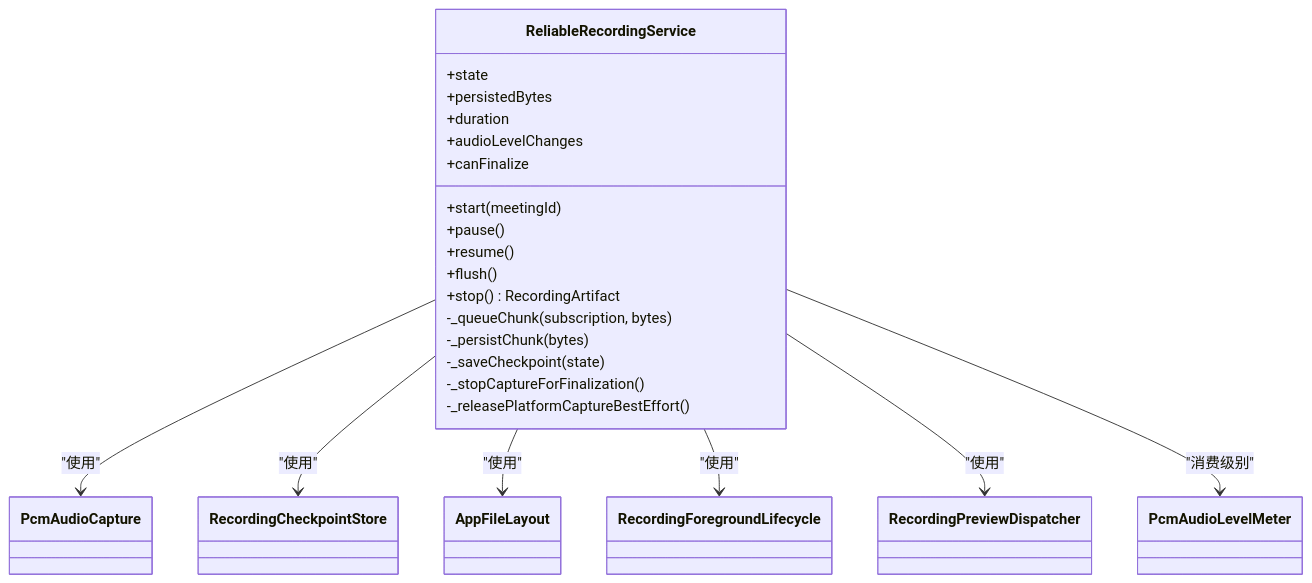
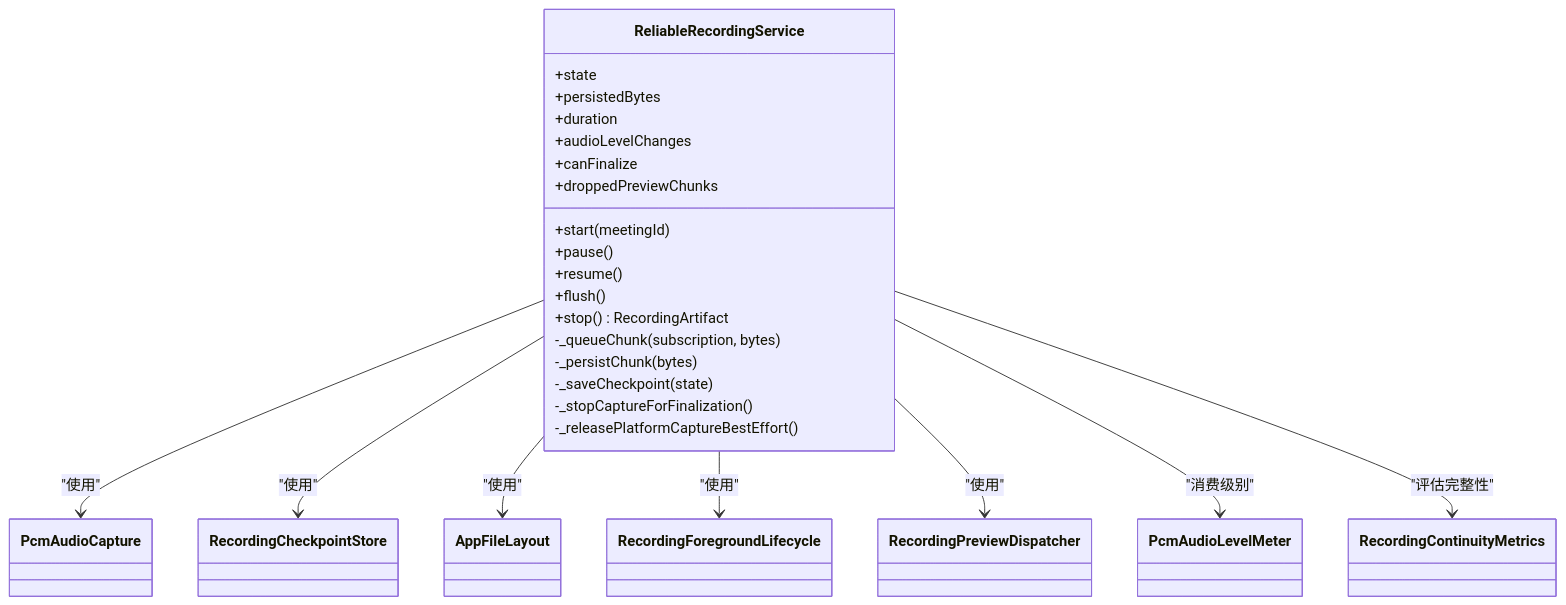
Before and after one commit to zhangheng2022/meet_trace: the third of 10 diagrams in .qoder/repowiki/zh/content/核心功能模块/音频录制系统.md, drawn with Mermaid. The commit also changed other lines of this file and 111 other files, not shown here.

````diff
--- a/.qoder/repowiki/zh/content/核心功能模块/音频录制系统.md
+++ b/.qoder/repowiki/zh/content/核心功能模块/音频录制系统.md
@@ -163,32 +179,35 @@
 ```mermaid
 classDiagram
 class ReliableRecordingService {
 +state
 +persistedBytes
 +duration
 +audioLevelChanges
 +canFinalize
++droppedPreviewChunks
 +start(meetingId)
 +pause()
 +resume()
 +flush()
 +stop() RecordingArtifact
 -_queueChunk(subscription, bytes)
 -_persistChunk(bytes)
 -_saveCheckpoint(state)
 -_stopCaptureForFinalization()
 -_releasePlatformCaptureBestEffort()
 }
 class PcmAudioCapture
 class RecordingCheckpointStore
 class AppFileLayout
 class RecordingForegroundLifecycle
 class RecordingPreviewDispatcher
 class PcmAudioLevelMeter
+class RecordingContinuityMetrics
 ReliableRecordingService --> PcmAudioCapture : "使用"
 ReliableRecordingService --> RecordingCheckpointStore : "使用"
 ReliableRecordingService --> AppFileLayout : "使用"
 ReliableRecordingService --> RecordingForegroundLifecycle : "使用"
 ReliableRecordingService --> RecordingPreviewDispatcher : "使用"
 ReliableRecordingService --> PcmAudioLevelMeter : "消费级别"
+ReliableRecordingService --> RecordingContinuityMetrics : "评估完整性"
 ```
````
